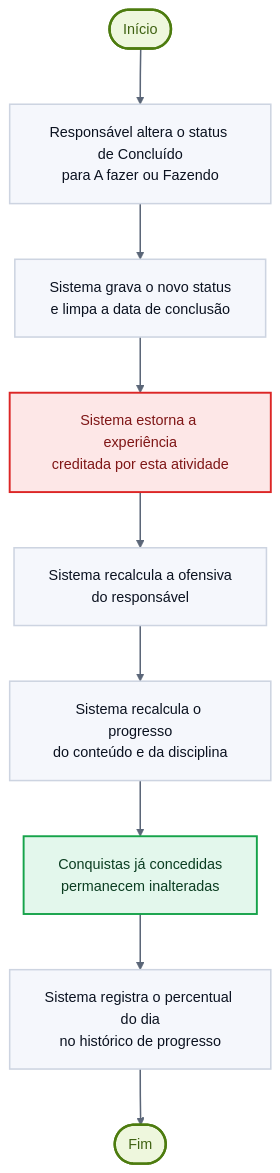
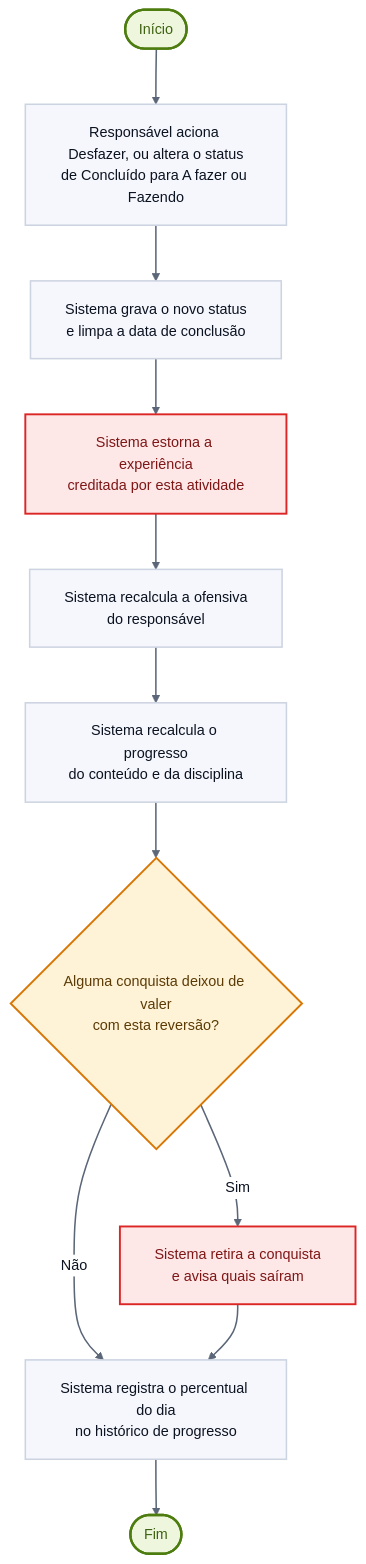
Before and after one commit to dedeyfogaca/equipe7-vertice: the second of 2 diagrams in diagramas/03-atividade-concluir.md, drawn with Mermaid. The commit also changed other lines of this file and 23 other files, not shown here.

Commit message:
docs: requisitos, regras, casos de uso, diagramas e modelo de dados da revisão de 11/11

````diff
--- a/diagramas/03-atividade-concluir.md
+++ b/diagramas/03-atividade-concluir.md
@@ -60,26 +63,28 @@
 ```mermaid
 %%{init: {"theme": "base", "fontFamily": "Space Grotesk", "themeVariables": {"fontFamily": "Space Grotesk, Segoe UI, sans-serif", "fontSize": "15px", "primaryColor": "#F5F7FC", "primaryTextColor": "#0B1220", "primaryBorderColor": "#CDD4E1", "lineColor": "#5B6678", "secondaryColor": "#EEF7DD", "tertiaryColor": "#FAFBFE", "clusterBkg": "#FAFBFE", "clusterBorder": "#CDD4E1", "edgeLabelBackground": "#FFFFFF", "titleColor": "#0E7490", "nodeBorder": "#CDD4E1", "mainBkg": "#F5F7FC", "textColor": "#0B1220"}, "flowchart": {"curve": "basis", "padding": 18, "nodeSpacing": 48, "rankSpacing": 58}}}%%
 flowchart TD
-    INI([Início]) --> B1[Responsável altera o status de Concluído<br/>para A fazer ou Fazendo]
+    INI([Início]) --> B1[Responsável aciona Desfazer, ou altera o status<br/>de Concluído para A fazer ou Fazendo]
     B1 --> B2[Sistema grava o novo status<br/>e limpa a data de conclusão]
     B2 --> B3[Sistema estorna a experiência<br/>creditada por esta atividade]
     B3 --> B4[Sistema recalcula a ofensiva<br/>do responsável]
     B4 --> B5[Sistema recalcula o progresso<br/>do conteúdo e da disciplina]
-    B5 --> B6[Conquistas já concedidas<br/>permanecem inalteradas]
-    B6 --> B7[Sistema registra o percentual do dia<br/>no histórico de progresso]
+    B5 --> B6{Alguma conquista deixou de valer<br/>com esta reversão?}
+    B6 -- Sim --> B61[Sistema retira a conquista<br/>e avisa quais saíram]
+    B6 -- Não --> B7
+    B61 --> B7[Sistema registra o percentual do dia<br/>no histórico de progresso]
     B7 --> FIM([Fim])
 
     classDef ator fill:#E0F7FC,stroke:#0891B2,stroke-width:2.5px,color:#0B1220
     classDef externo fill:#EEF1F6,stroke:#64748B,stroke-width:2px,color:#0B1220,stroke-dasharray:5 4
     classDef uc fill:#FFFFFF,stroke:#0891B2,stroke-width:1.6px,color:#0B1220
     classDef terminal fill:#EEF7DD,stroke:#4D7C0F,stroke-width:2.5px,color:#3F6212
     classDef acao fill:#F5F7FC,stroke:#CDD4E1,stroke-width:1.6px,color:#0B1220
     classDef decisao fill:#FEF3D7,stroke:#D97706,stroke-width:2px,color:#5C3A05
     classDef ganho fill:#E3F7EC,stroke:#16A34A,stroke-width:2px,color:#0B3D21
     classDef erro fill:#FDE7E7,stroke:#DC2626,stroke-width:2px,color:#7F1616
     class INI,FIM terminal
     class B1,B2,B4,B5,B7 acao
-    class B3 erro
-    class B6 ganho
+    class B6 decisao
+    class B3,B61 erro
     linkStyle default stroke:#5B6678,stroke-width:1.6px
 ```
````
